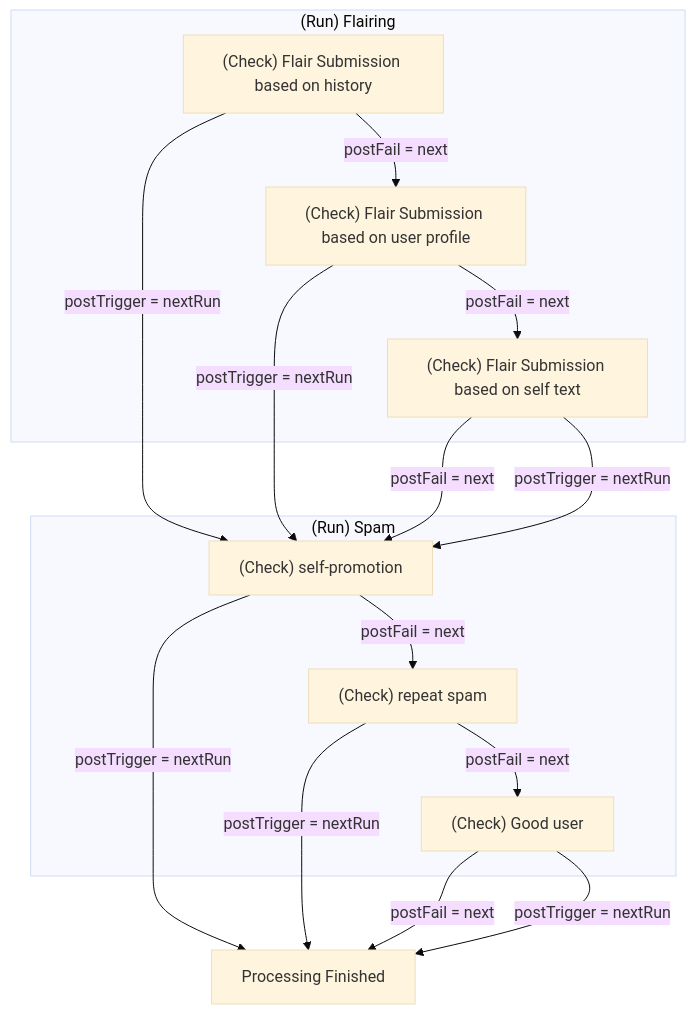
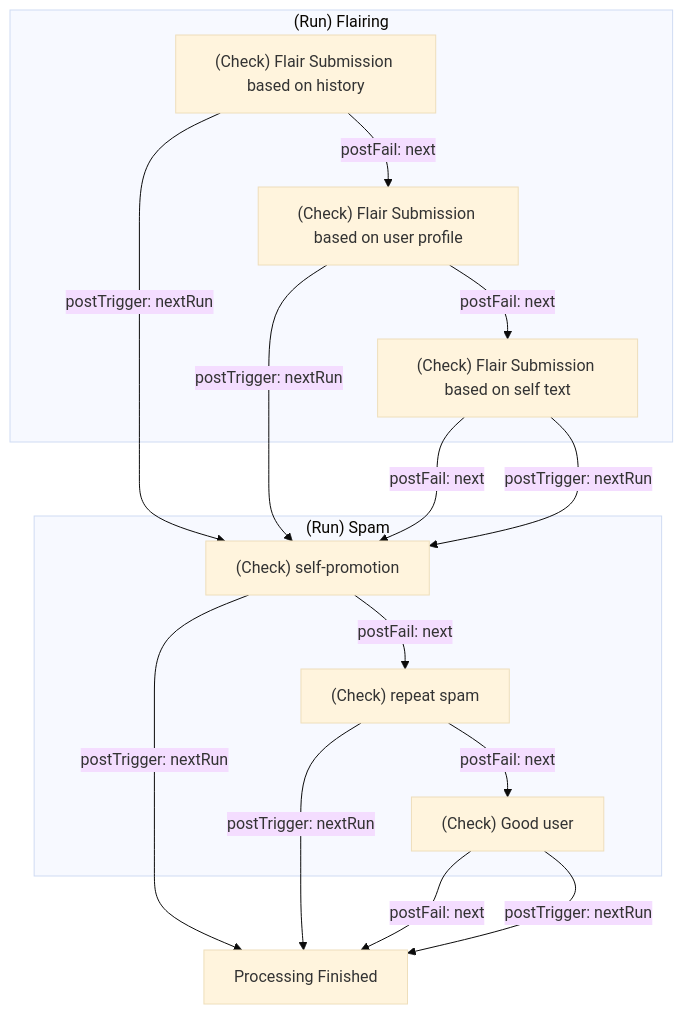
Before and after one commit to FoxxMD/context-mod: the second of 2 diagrams in docs/examples/advancedConcepts/flowControl.md, drawn with Mermaid (base theme). The commit also changed other lines of this file, not shown here.

Commit message:
fix(docs): mermaid issue was being inside closed detail block
For some reason. Removing blocks fixed rendering error

````diff
--- a/docs/examples/advancedConcepts/flowControl.md
+++ b/docs/examples/advancedConcepts/flowControl.md
@@ -213,22 +207,22 @@
 ```mermaid
 flowchart TB
     subgraph flair ["(Run) Flairing"]
-        a1["(Check) Flair Submission based on history"]-- "postFail = next" -->a2
-        a2["(Check) Flair Submission based on user profile"] -- "postFail = next" --> a3
+        a1["(Check) Flair Submission based on history"]-- "postFail: next" -->a2
+        a2["(Check) Flair Submission based on user profile"] -- "postFail: next" --> a3
         a3["(Check) Flair Submission based on self text"]
     end
-    a1 -- "postTrigger = nextRun" --> b1
-    a2 -- "postTrigger = nextRun" --> b1
-    a3 -- "postFail = next" --> b1
-    a3 -- "postTrigger = nextRun" --> b1
+    a1 -- "postTrigger: nextRun" --> b1
+    a2 -- "postTrigger: nextRun" --> b1
+    a3 -- "postFail: next" --> b1
+    a3 -- "postTrigger: nextRun" --> b1
     subgraph spam ["(Run) Spam"]
-        b1["(Check) self-promotion"] -- "postFail = next" -->b2
-        b2["(Check) repeat spam"] -- "postFail = next" -->b3
+        b1["(Check) self-promotion"] -- "postFail: next" -->b2
+        b2["(Check) repeat spam"] -- "postFail: next" -->b3
         b3["(Check) Good user"]
     end
-    b1 -- "postTrigger = nextRun" --> finish
-    b2 -- "postTrigger = nextRun" --> finish
-    b3 -- "postFail = next" --> finish
-    b3 -- "postTrigger = nextRun" --> finish
+    b1 -- "postTrigger: nextRun" --> finish
+    b2 -- "postTrigger: nextRun" --> finish
+    b3 -- "postFail: next" --> finish
+    b3 -- "postTrigger: nextRun" --> finish
     finish[Processing Finished]
 ```
````
